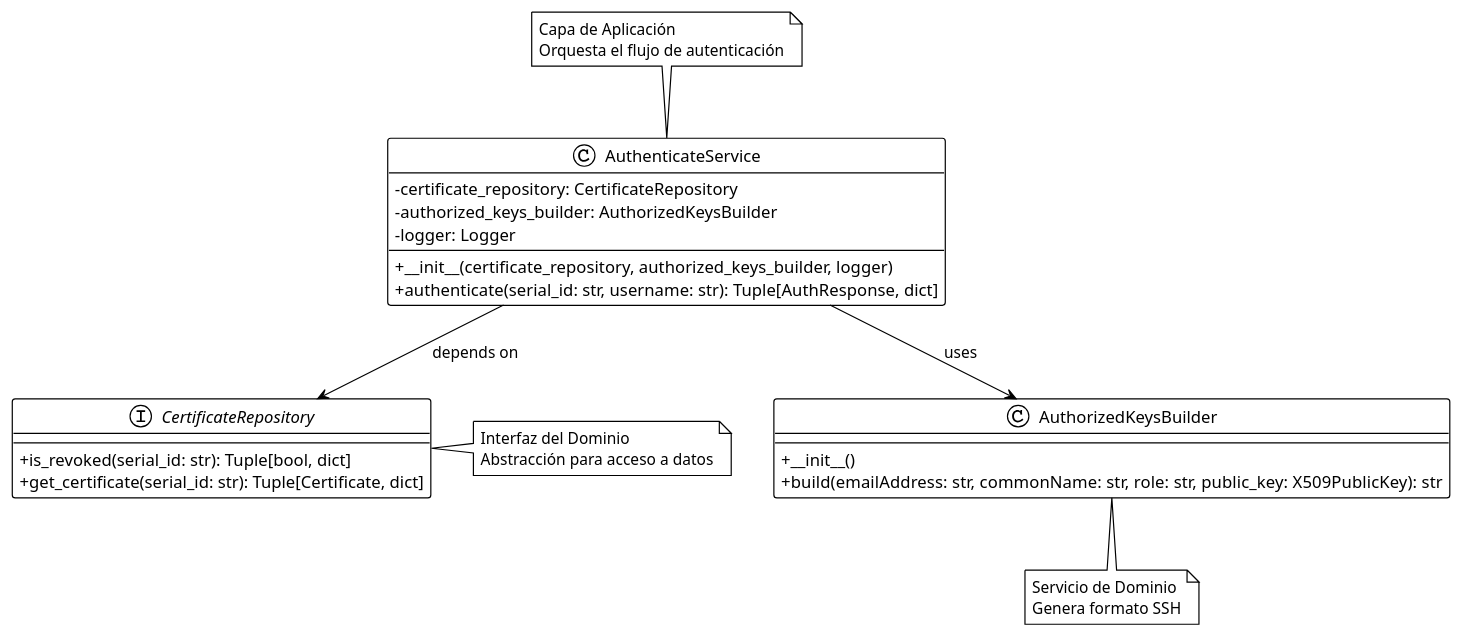
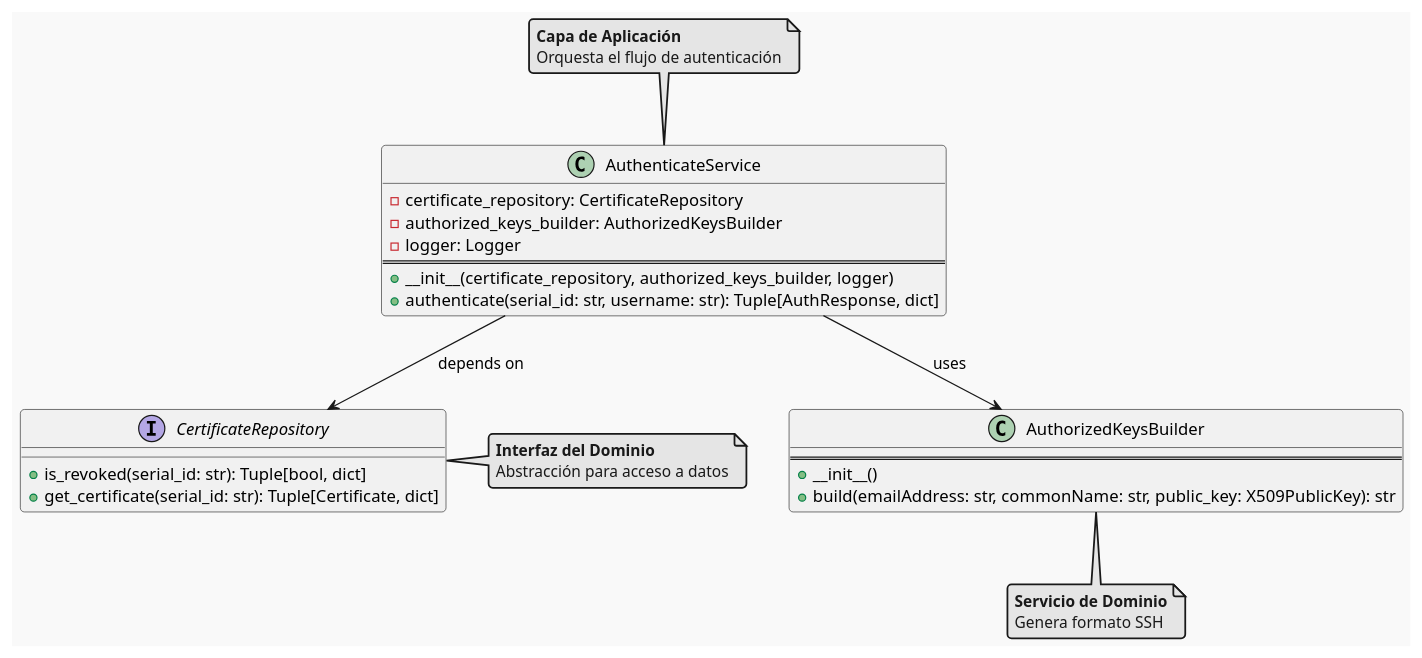
One commit to brunoperezm/ejbca-tesis changed the diagram in documentation/level4-diagrams/service.plantuml. Above: the diagram before and after it, drawn with PlantUML. The commit also changed 9 other files, not shown here.

Commit message:
Agrega diagramas de capa de infraestructura

```diff
--- a/documentation/level4-diagrams/service.plantuml
+++ b/documentation/level4-diagrams/service.plantuml
@@ -1,32 +1,42 @@
 @startuml
-!theme plain
-skinparam classAttributeIconSize 0
+!theme mars
 
 class AuthenticateService {
     - certificate_repository: CertificateRepository
     - authorized_keys_builder: AuthorizedKeysBuilder
     - logger: Logger
-    --
+    ====
     + __init__(certificate_repository, authorized_keys_builder, logger)
     + authenticate(serial_id: str, username: str): Tuple[AuthResponse, dict]
 }
 
 interface CertificateRepository {
     + is_revoked(serial_id: str): Tuple[bool, dict]
     + get_certificate(serial_id: str): Tuple[Certificate, dict]
 }
 
 class AuthorizedKeysBuilder {
-    --
+    ====
     + __init__()
-    + build(emailAddress: str, commonName: str, role: str, public_key: X509PublicKey): str
+    + build(emailAddress: str, commonName: str, public_key: X509PublicKey): str
 }
 
 AuthenticateService --> CertificateRepository : depends on
 AuthenticateService --> AuthorizedKeysBuilder : uses
 
-note top of AuthenticateService : Capa de Aplicación\nOrquesta el flujo de autenticación
-note right of CertificateRepository : Interfaz del Dominio\nAbstracción para acceso a datos
-note bottom of AuthorizedKeysBuilder : Servicio de Dominio\nGenera formato SSH
+note top of AuthenticateService
+  **Capa de Aplicación**
+  Orquesta el flujo de autenticación
+end note
+
+note right of CertificateRepository
+  **Interfaz del Dominio**
+  Abstracción para acceso a datos
+end note
+
+note bottom of AuthorizedKeysBuilder
+  **Servicio de Dominio**
+  Genera formato SSH
+end note
 
 @enduml
```
